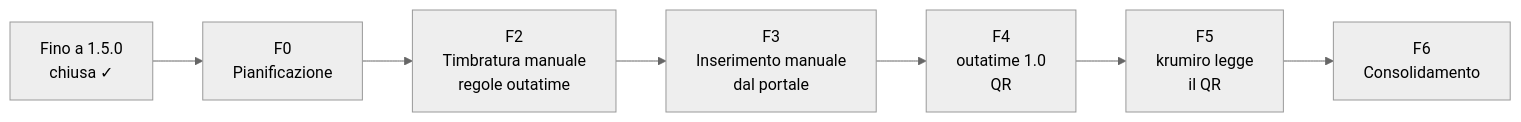
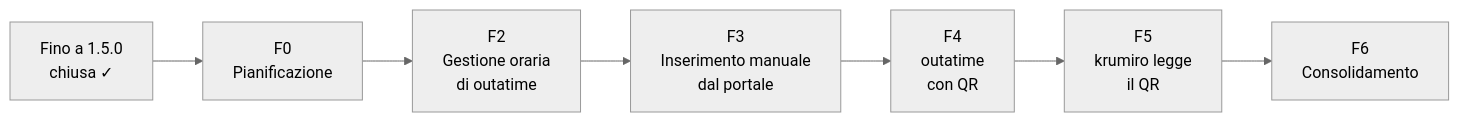
The diagram in docs/implementation/roadmap.md (gcampa/krumiro2.0), drawn with Mermaid (neutral theme) before and after one commit. The commit also changed other lines of this file and 6 other files, not shown here.

First line of the commit message:
docs: F0 - gestione oraria di outatime v0.2.3 (Presenza, FILM, Smart working)

````diff
--- a/docs/implementation/roadmap.md
+++ b/docs/implementation/roadmap.md
@@ -7,5 +7,5 @@
 ```mermaid
 flowchart LR
-    F00[Fino a 1.5.0<br/>chiusa ✓] --> F0[F0<br/>Pianificazione] --> F2[F2<br/>Timbratura manuale<br/>regole outatime]
-    F2 --> F3[F3<br/>Inserimento manuale<br/>dal portale] --> F4[F4<br/>outatime 1.0<br/>QR] --> F5[F5<br/>krumiro legge<br/>il QR] --> F6[F6<br/>Consolidamento]
+    F00[Fino a 1.5.0<br/>chiusa ✓] --> F0[F0<br/>Pianificazione] --> F2[F2<br/>Gestione oraria<br/>di outatime]
+    F2 --> F3[F3<br/>Inserimento manuale<br/>dal portale] --> F4[F4<br/>outatime<br/>con QR] --> F5[F5<br/>krumiro legge<br/>il QR] --> F6[F6<br/>Consolidamento]
 ```
````
